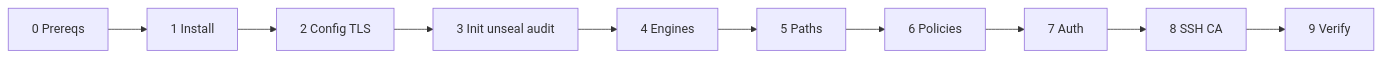
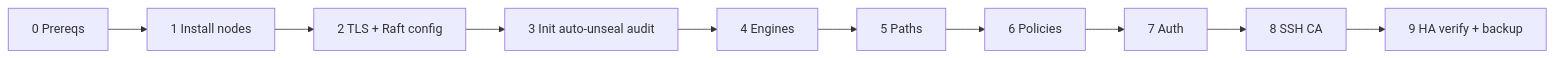
One commit to j-munroe/NetClaw-Production-Install-Guide changed the diagram in docs/INSTALL.md. Above: the diagram before and after it, drawn with Mermaid. The commit also changed other lines of this file and 37 other files, not shown here.

````diff
--- a/docs/INSTALL.md
+++ b/docs/INSTALL.md
@@ -12,12 +12,12 @@
 ```mermaid
 flowchart LR
-  P0[0 Prereqs] --> P1[1 Install]
-  P1 --> P2[2 Config TLS]
-  P2 --> P3[3 Init unseal audit]
+  P0[0 Prereqs] --> P1[1 Install nodes]
+  P1 --> P2[2 TLS + Raft config]
+  P2 --> P3[3 Init auto-unseal audit]
   P3 --> P4[4 Engines]
   P4 --> P5[5 Paths]
   P5 --> P6[6 Policies]
   P6 --> P7[7 Auth]
   P7 --> P8[8 SSH CA]
-  P8 --> P9[9 Verify]
+  P8 --> P9[9 HA verify + backup]
 ```
````
